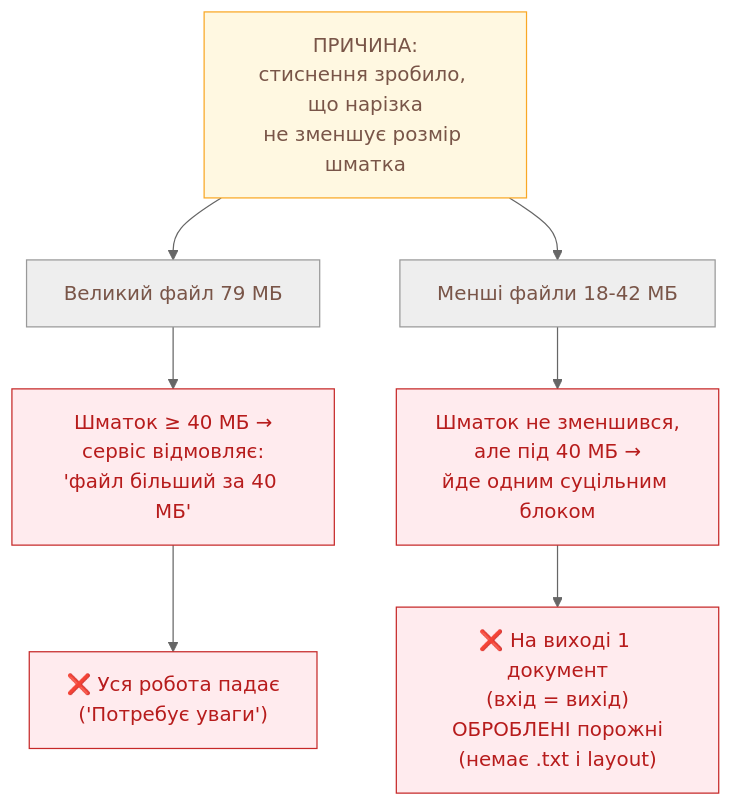
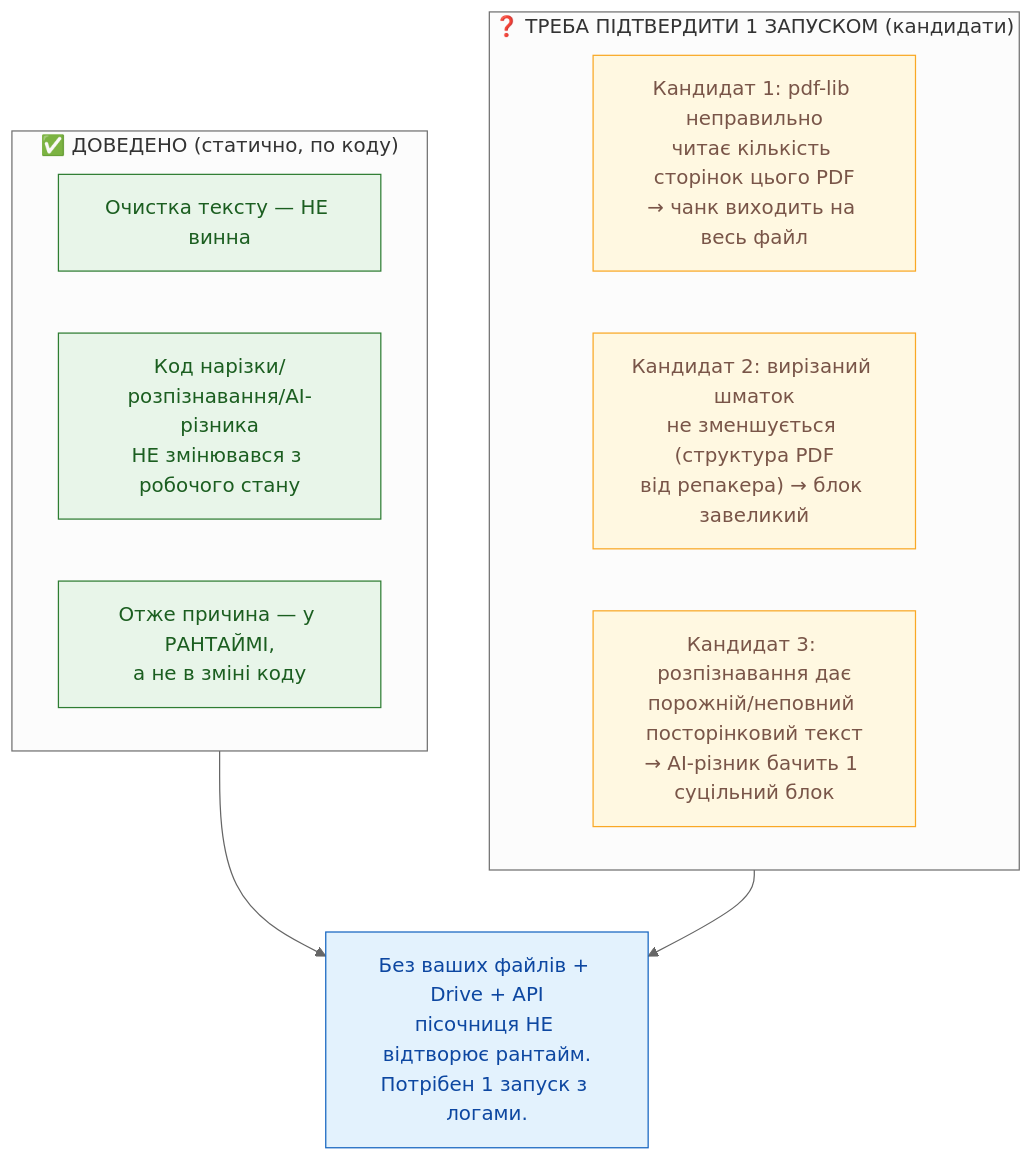
Before and after one commit to vadymlevyt/registry: the third of 5 diagrams in docs/mermaid/flow_dp_regression_40mb_diagnosis.md, drawn with Mermaid (neutral theme). The commit also changed other lines of this file and 1 other file, not shown here.

First line of the commit message:
docs: ретракція механізму — причина рантаймова, потрібен 1 прогін з логами

````diff
--- a/docs/mermaid/flow_dp_regression_40mb_diagnosis.md
+++ b/docs/mermaid/flow_dp_regression_40mb_diagnosis.md
@@ -68,18 +62,24 @@
 ```mermaid
 flowchart TD
-    ROOT["ПРИЧИНА:<br/>стиснення зробило, що нарізка<br/>не зменшує розмір шматка"]
+    subgraph PROVEN["✅ ДОВЕДЕНО (статично, по коду)"]
+        P1["Очистка тексту — НЕ винна"]
+        P2["Код нарізки/розпізнавання/AI-різника<br/>НЕ змінювався з робочого стану"]
+        P3["Отже причина — у РАНТАЙМІ,<br/>а не в зміні коду"]
+    end
 
-    ROOT --> BIG["Великий файл 79 МБ"]
-    ROOT --> SMALL["Менші файли 18-42 МБ"]
+    subgraph CONFIRM["❓ ТРЕБА ПІДТВЕРДИТИ 1 ЗАПУСКОМ (кандидати)"]
+        C1["Кандидат 1: pdf-lib неправильно<br/>читає кількість сторінок цього PDF<br/>→ чанк виходить на весь файл"]
+        C2["Кандидат 2: вирізаний шматок<br/>не зменшується (структура PDF<br/>від репакера) → блок завеликий"]
+        C3["Кандидат 3: розпізнавання дає<br/>порожній/неповний посторінковий текст<br/>→ AI-різник бачить 1 суцільний блок"]
+    end
 
-    BIG --> BIGR["Шматок &ge; 40 МБ →<br/>сервіс відмовляє:<br/>'файл більший за 40 МБ'"]
-    BIGR --> BIGF["❌ Уся робота падає<br/>('Потребує уваги')"]
+    PROVEN --> NEED["Без ваших файлів + Drive + API<br/>пісочниця НЕ відтворює рантайм.<br/>Потрібен 1 запуск з логами."]
+    CONFIRM --> NEED
 
-    SMALL --> SMR["Шматок не зменшився,<br/>але під 40 МБ →<br/>йде одним суцільним блоком"]
-    SMR --> SMF["❌ На виході 1 документ<br/>(вхід = вихід)<br/>ОБРОБЛЕНІ порожні<br/>(немає .txt і layout)"]
-
-    classDef root fill:#fff8e1,stroke:#f9a825,color:#795548;
-    classDef bad fill:#ffebee,stroke:#c62828,color:#b71c1c;
-    class ROOT root;
-    class BIGF,SMF,BIGR,SMR bad;
+    classDef good fill:#e8f5e9,stroke:#2e7d32,color:#1b5e20;
+    classDef q fill:#fff8e1,stroke:#f9a825,color:#795548;
+    classDef need fill:#e3f2fd,stroke:#1565c0,color:#0d47a1;
+    class P1,P2,P3 good;
+    class C1,C2,C3 q;
+    class NEED need;
 ```
````
